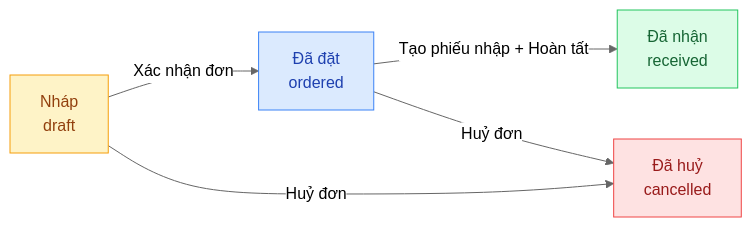
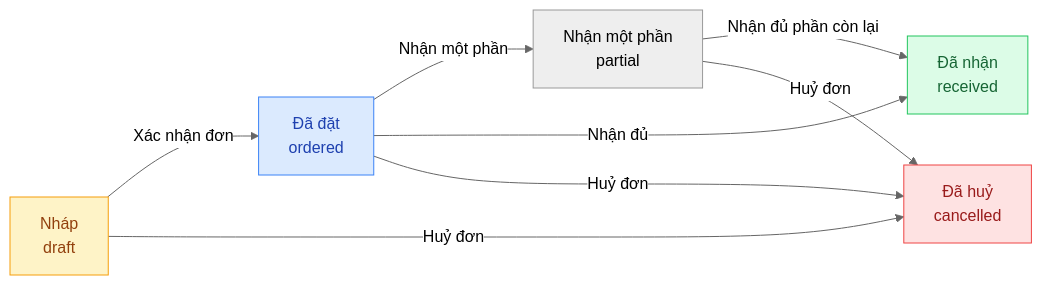
Before and after one commit to tiemtaphoakorea/tiemtaphoakorea: the diagram in docs/guide/manager/purchases.mdx, drawn with Mermaid (neutral theme). The commit also changed other lines of this file and 350 other files, not shown here.

````diff
--- a/docs/guide/manager/purchases.mdx
+++ b/docs/guide/manager/purchases.mdx
@@ -18,11 +18,13 @@
 ```mermaid
 flowchart LR
     A["Nháp<br/>draft"] -->|Xác nhận đơn| B["Đã đặt<br/>ordered"]
-    B -->|Tạo phiếu nhập + Hoàn tất| C["Đã nhận<br/>received"]
-    A & B -->|Huỷ đơn| D["Đã huỷ<br/>cancelled"]
+    B -->|Nhận một phần| P["Nhận một phần<br/>partial"]
+    B -->|Nhận đủ| C["Đã nhận<br/>received"]
+    P -->|Nhận đủ phần còn lại| C
+    A & B & P -->|Huỷ đơn| D["Đã huỷ<br/>cancelled"]
 
     style A fill:#fef3c7,stroke:#f59e0b,color:#92400e
     style B fill:#dbeafe,stroke:#3b82f6,color:#1e40af
     style C fill:#dcfce7,stroke:#22c55e,color:#166534
     style D fill:#fee2e2,stroke:#ef4444,color:#991b1b
 ```
````
